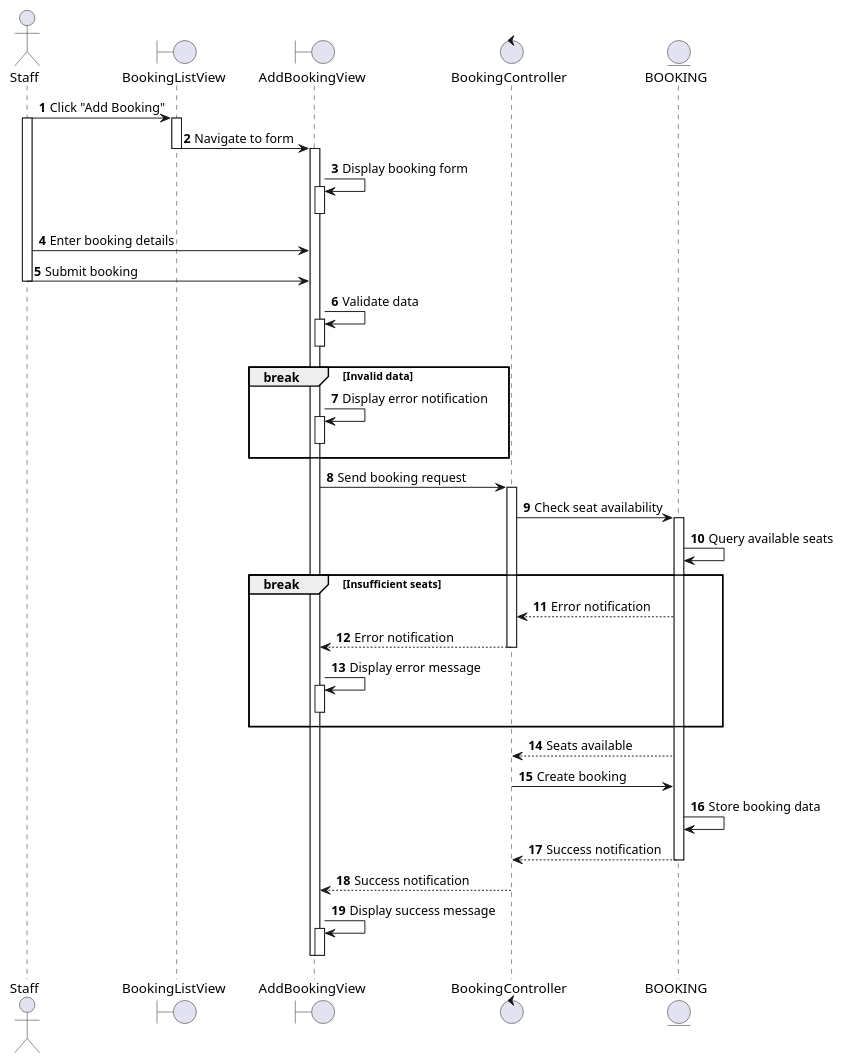
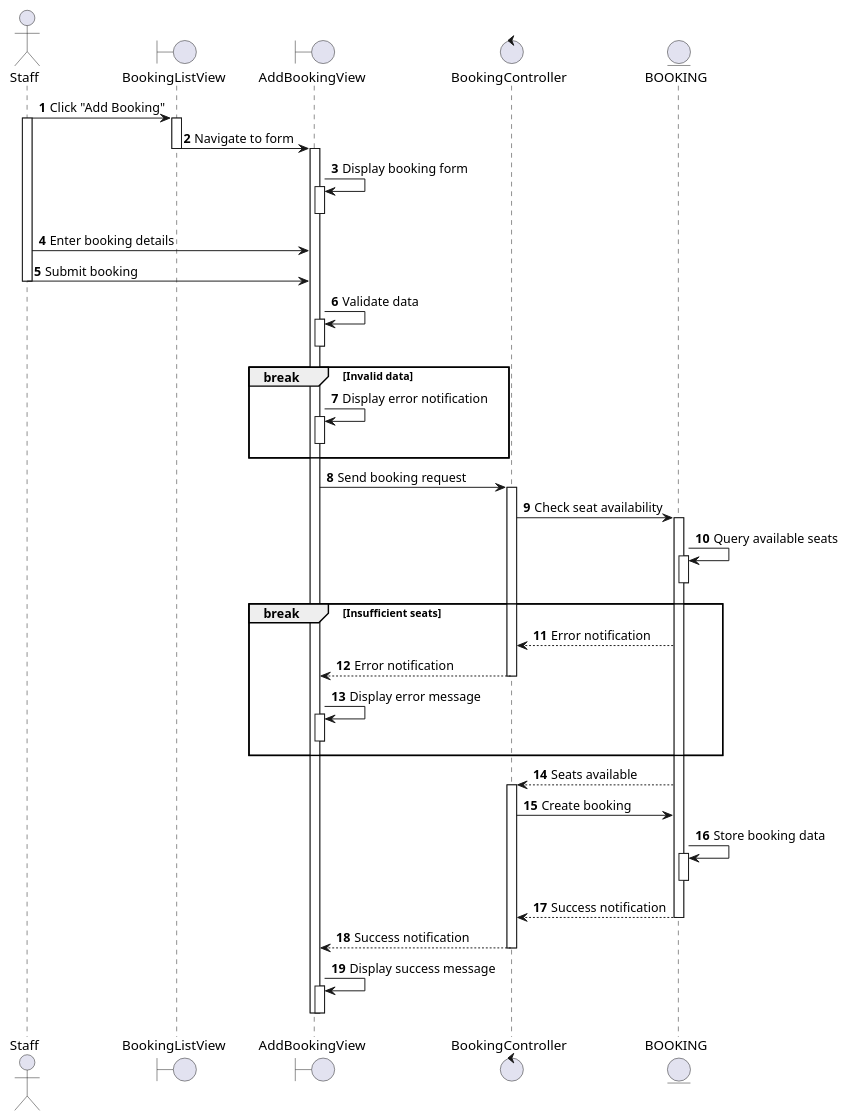
Before and after one commit to se113-wm/se113-wm.github.io: the diagram in docs/docs/sequence/adjust-and-track-bookings/add-new-booking.md, drawn with PlantUML. The commit also changed 37 other files, not shown here.

First line of the commit message:
Refactor sequence diagrams for booking and trip management

````diff
--- a/docs/docs/sequence/adjust-and-track-bookings/add-new-booking.md
+++ b/docs/docs/sequence/adjust-and-track-bookings/add-new-booking.md
@@ -3,62 +3,68 @@
 ```plantuml
 @startuml
 autonumber
 
 actor Staff as S
 boundary BookingListView as BLV
 boundary AddBookingView as ABV
 control BookingController as BC
 entity BOOKING as B
 
 S -> BLV: Click "Add Booking"
 activate S
 activate BLV
 BLV -> ABV: Navigate to form
 deactivate BLV
 activate ABV
 ABV -> ABV: Display booking form
 activate ABV
 deactivate ABV
 
 S -> ABV: Enter booking details
 S -> ABV: Submit booking
 deactivate S
 ABV -> ABV: Validate data
 activate ABV
 deactivate ABV
 
 break Invalid data
   ABV -> ABV: Display error notification
   activate ABV
   deactivate ABV
 end
 
 ABV -> BC: Send booking request
 activate BC
 BC -> B: Check seat availability
 activate B
 B -> B: Query available seats
+activate B
+deactivate B
 
 break Insufficient seats
   BC <-- B: Error notification
   ABV <-- BC: Error notification
   deactivate BC
   ABV -> ABV: Display error message
   activate ABV
   deactivate ABV
 end
 
+
 BC <-- B: Seats available
+activate BC
 BC -> B: Create booking
 B -> B: Store booking data
+activate B
+deactivate B
 BC <-- B: Success notification
 deactivate B
 ABV <-- BC: Success notification
 deactivate BC
 ABV -> ABV: Display success message
 activate ABV
 deactivate ABV
 deactivate ABV
 
 @enduml
 ```
````
